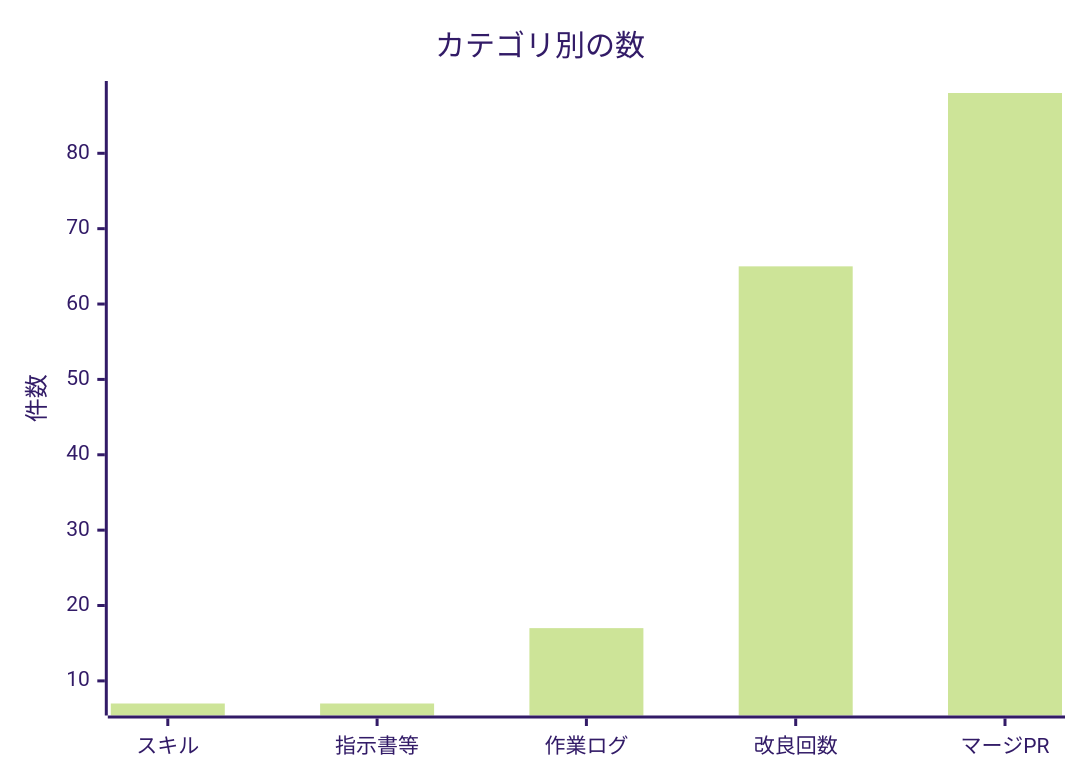
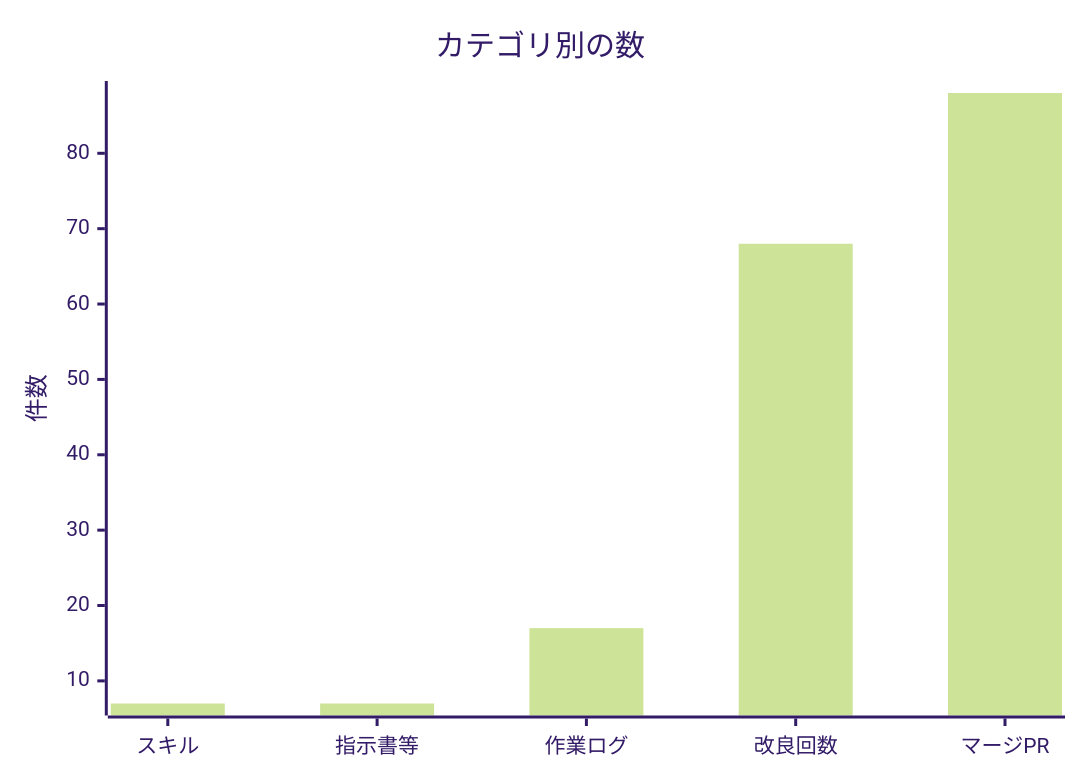
The second of 2 diagrams in docs/進化レポート.md (non-x2/non-x2), drawn with Mermaid (forest theme) before and after one commit. The commit also changed other lines of this file and 5 other files, not shown here.

First line of the commit message:
🌱 毎日の自己改良（3件）地図の見張り番＋世界カメラの地域ボタンに台数＋見やすさ点検が1コマンドで動く (#102)

````diff
--- a/docs/進化レポート.md
+++ b/docs/進化レポート.md
@@ -33,7 +33,7 @@
 ```mermaid
 xychart-beta
     title "カテゴリ別の数"
     x-axis ["スキル", "指示書等", "作業ログ", "改良回数", "マージPR"]
     y-axis "件数"
-    bar [7, 7, 17, 65, 88]
+    bar [7, 7, 17, 68, 88]
 ```
````
